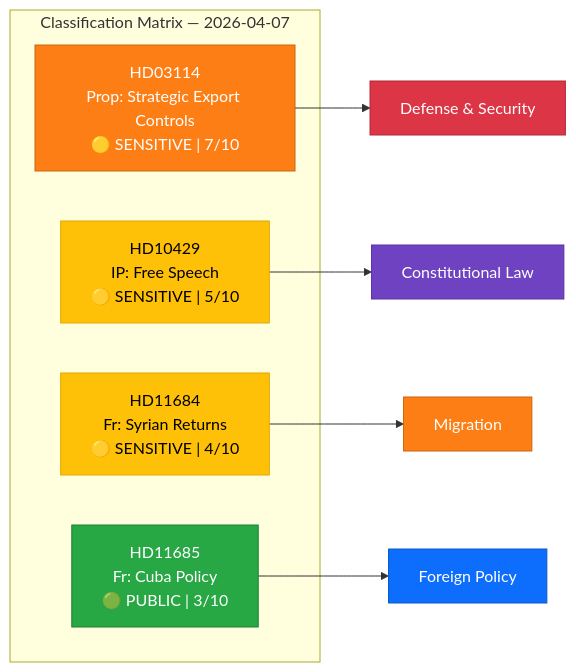
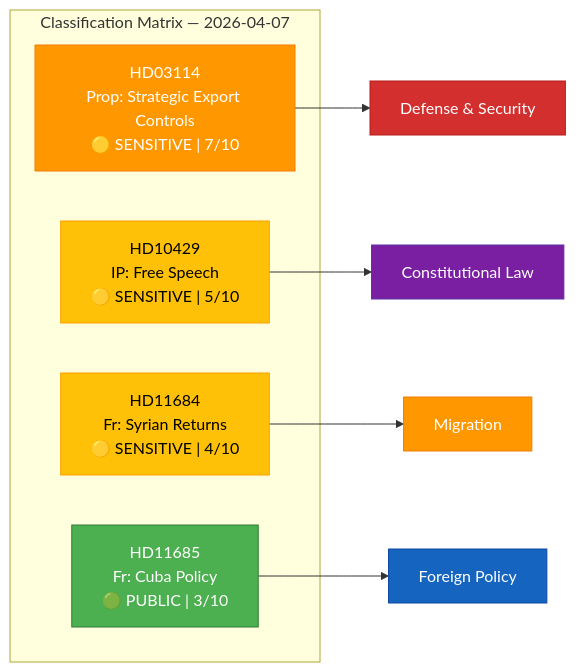
One commit to Hack23/riksdagsmonitor changed the diagram in analysis/daily/2026-04-07/realtime-1026/classification-results.md. Above: the diagram before and after it, drawn with Mermaid. The commit also changed 785 other files, not shown here.

First line of the commit message:
Normalize mermaid colors across 786 analysis artifacts to ISMS Style Guide palette

````diff
--- a/analysis/daily/2026-04-07/realtime-1026/classification-results.md
+++ b/analysis/daily/2026-04-07/realtime-1026/classification-results.md
@@ -16,23 +16,23 @@
 ```mermaid
 graph LR
     subgraph "Classification Matrix — 2026-04-07"
         D1["HD03114<br/>Prop: Strategic Export Controls<br/>🟡 SENSITIVE | 7/10"]
         D2["HD10429<br/>IP: Free Speech<br/>🟡 SENSITIVE | 5/10"]
         D3["HD11684<br/>Fr: Syrian Returns<br/>🟡 SENSITIVE | 4/10"]
         D4["HD11685<br/>Fr: Cuba Policy<br/>🟢 PUBLIC | 3/10"]
     end
 
     D1 --> DOM1["Defense & Security"]
     D2 --> DOM2["Constitutional Law"]
     D3 --> DOM3["Migration"]
     D4 --> DOM4["Foreign Policy"]
 
-    style D1 fill:#fd7e14,stroke:#ca6510,color:#fff
-    style D2 fill:#ffc107,stroke:#e0a800,color:#000
-    style D3 fill:#ffc107,stroke:#e0a800,color:#000
-    style D4 fill:#28a745,stroke:#1e7e34,color:#fff
-    style DOM1 fill:#dc3545,stroke:#b02a37,color:#fff
-    style DOM2 fill:#6f42c1,stroke:#5a32a3,color:#fff
-    style DOM3 fill:#fd7e14,stroke:#ca6510,color:#fff
-    style DOM4 fill:#0d6efd,stroke:#0a58ca,color:#fff
+    style D1 fill:#FF9800,stroke:#F57C00,color:#FFFFFF
+    style D2 fill:#FFC107,stroke:#FFA000,color:#000000
+    style D3 fill:#FFC107,stroke:#FFA000,color:#000000
+    style D4 fill:#4CAF50,stroke:#2E7D32,color:#FFFFFF
+    style DOM1 fill:#D32F2F,stroke:#B71C1C,color:#FFFFFF
+    style DOM2 fill:#7B1FA2,stroke:#5a32a3,color:#FFFFFF
+    style DOM3 fill:#FF9800,stroke:#F57C00,color:#FFFFFF
+    style DOM4 fill:#1565C0,stroke:#0D47A1,color:#FFFFFF
 ```
````
